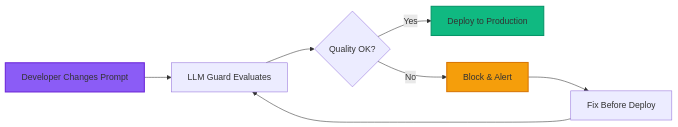
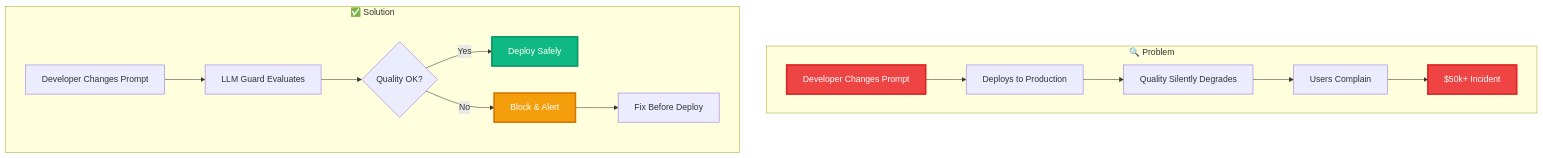
One commit to ZaheerAbbasOrakzai/llm-guard changed the first of 3 diagrams in GITHUB_README.md. Above: the diagram before and after it, drawn with Mermaid. The commit also changed other lines of this file and 3 other files, not shown here.

````diff
--- a/GITHUB_README.md
+++ b/GITHUB_README.md
@@ -70,13 +50,22 @@
 ```mermaid
-graph LR
-    A[Developer Changes Prompt] --> B[LLM Guard Evaluates]
-    B --> C{Quality OK?}
-    C -->|Yes| D[Deploy to Production]
-    C -->|No| E[Block & Alert]
-    E --> F[Fix Before Deploy]
-    F --> B
+graph TB
+    subgraph "🔍 Problem"
+        A1[Developer Changes Prompt] --> B1[Deploys to Production]
+        B1 --> C1[Quality Silently Degrades]
+        C1 --> D1[Users Complain]
+        D1 --> E1[$50k+ Incident]
+    end
     
-    style A fill:#8b5cf6,stroke:#6d28d9,stroke-width:2px
-    style D fill:#10b981,stroke:#059669,stroke-width:2px
-    style E fill:#f59e0b,stroke:#d97706,stroke-width:2px
+    subgraph "✅ Solution"
+        A2[Developer Changes Prompt] --> B2[LLM Guard Evaluates]
+        B2 --> C2{Quality OK?}
+        C2 -->|Yes| D2[Deploy Safely]
+        C2 -->|No| E2[Block & Alert]
+        E2 --> F2[Fix Before Deploy]
+    end
+    
+    style A1 fill:#ef4444,stroke:#dc2626,stroke-width:3px,color:#fff
+    style E1 fill:#ef4444,stroke:#dc2626,stroke-width:3px,color:#fff
+    style D2 fill:#10b981,stroke:#059669,stroke-width:3px,color:#fff
+    style E2 fill:#f59e0b,stroke:#d97706,stroke-width:3px,color:#fff
 ```
````
